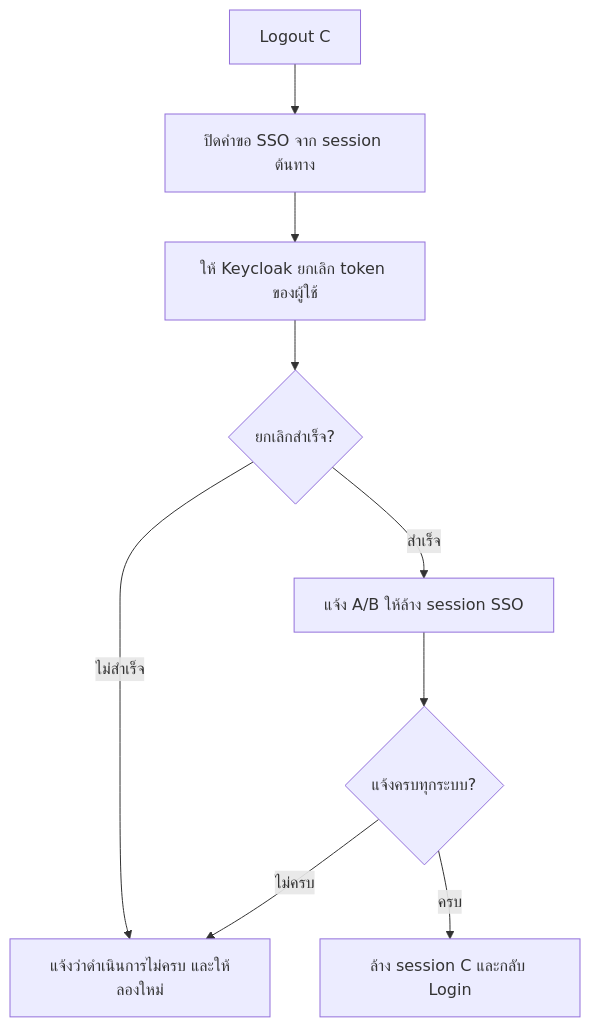
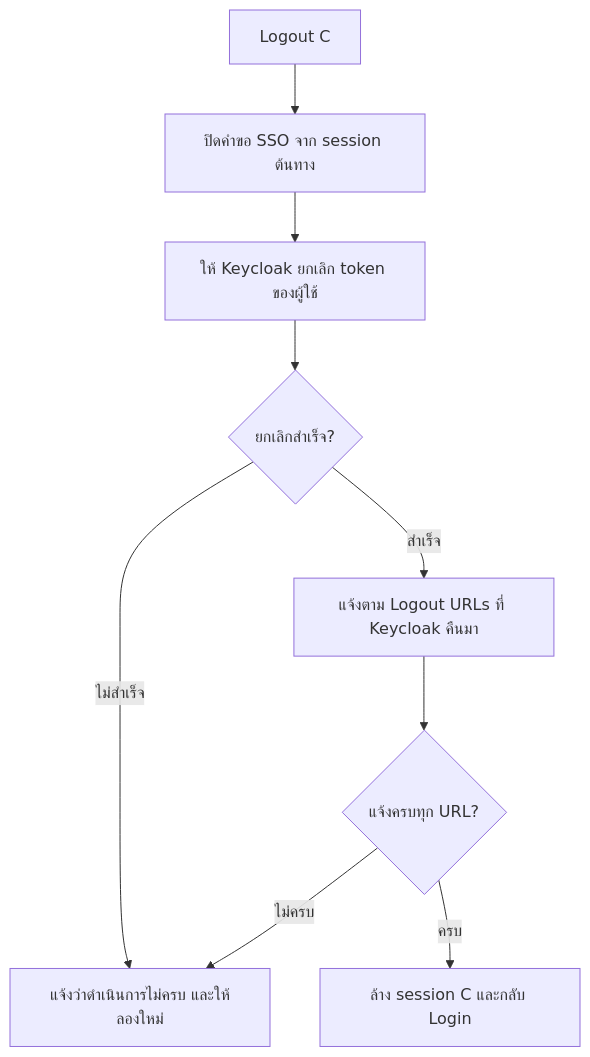
Diagram 18 of 22 in docs/flows/LOGIN-AND-SESSION.md (Sin1apachai/poc_sso), drawn with Mermaid before and after one commit. The commit also changed other lines of this file and 58 other files, not shown here.

Commit message:
Unify SSO logout targets and document native heartbeat settings

````diff
--- a/docs/flows/LOGIN-AND-SESSION.md
+++ b/docs/flows/LOGIN-AND-SESSION.md
@@ -440,11 +442,11 @@
 ```mermaid
 flowchart TD
     L[Logout C] --> P[ปิดคำขอ SSO จาก session ต้นทาง]
     P --> K[ให้ Keycloak ยกเลิก token ของผู้ใช้]
     K --> V{ยกเลิกสำเร็จ?}
     V -->|ไม่สำเร็จ| E[แจ้งว่าดำเนินการไม่ครบ และให้ลองใหม่]
-    V -->|สำเร็จ| N[แจ้ง A/B ให้ล้าง session SSO]
-    N --> R{แจ้งครบทุกระบบ?}
+    V -->|สำเร็จ| N[แจ้งตาม Logout URLs ที่ Keycloak คืนมา]
+    N --> R{แจ้งครบทุก URL?}
     R -->|ครบ| C[ล้าง session C และกลับ Login]
     R -->|ไม่ครบ| E
 ```
````
